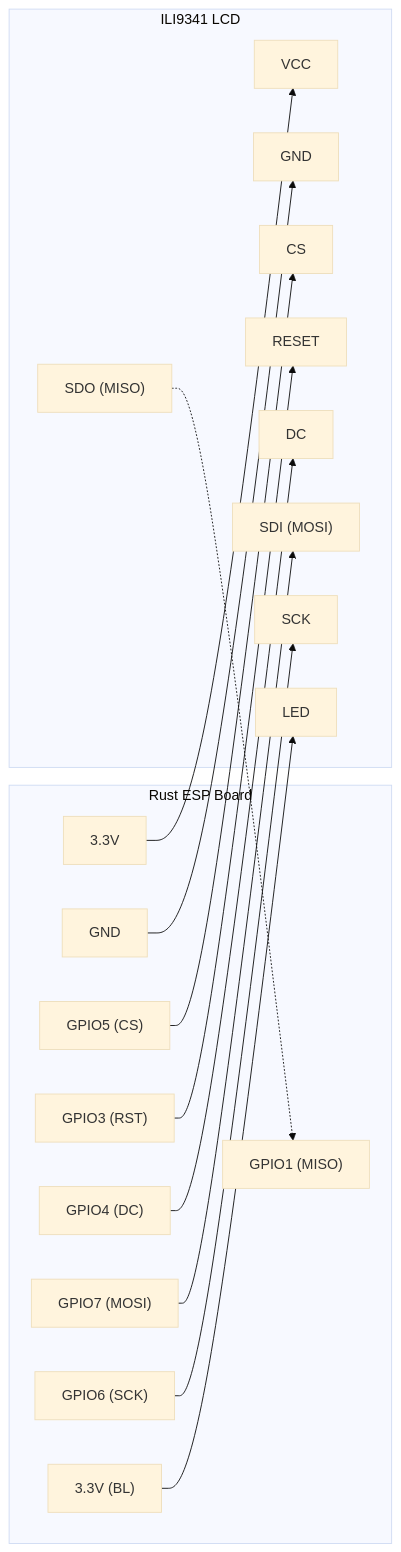
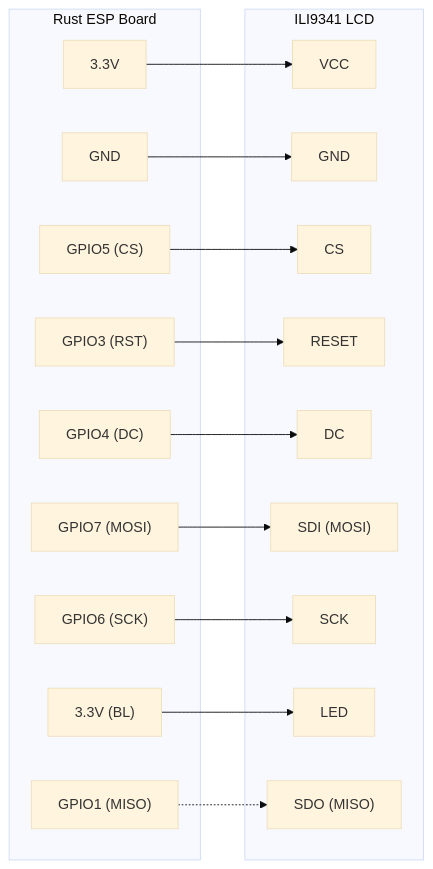
One commit to melastmohican/esp-rust-board-discovery changed the fourth of 5 diagrams in README.md. Above: the diagram before and after it, drawn with Mermaid (base theme).

Commit message:
ILI9341 TFT LCD - SPI diagram

````diff
--- a/README.md
+++ b/README.md
@@ -551,36 +551,36 @@
 ```mermaid
 graph LR
     subgraph ESP32 ["Rust ESP Board"]
         VCC_M["3.3V"]
         GND_M["GND"]
         GPIO5["GPIO5 (CS)"]
         GPIO3["GPIO3 (RST)"]
         GPIO4["GPIO4 (DC)"]
         GPIO7["GPIO7 (MOSI)"]
         GPIO6["GPIO6 (SCK)"]
         BL_M["3.3V (BL)"]
         GPIO1["GPIO1 (MISO)"]
     end
 
     subgraph LCD ["ILI9341 LCD"]
         VCC_S["VCC"]
         GND_S["GND"]
         CS_S["CS"]
         RST_S["RESET"]
         DC_S["DC"]
         SDI_S["SDI (MOSI)"]
         SCK_S["SCK"]
         LED_S["LED"]
         SDO_S["SDO (MISO)"]
     end
 
     VCC_M --> VCC_S
     GND_M --> GND_S
     GPIO5 --> CS_S
     GPIO3 --> RST_S
     GPIO4 --> DC_S
     GPIO7 --> SDI_S
     GPIO6 --> SCK_S
     BL_M --> LED_S
-    SDO_S -.-> GPIO1
+    GPIO1 -.-> SDO_S
 ```
````
